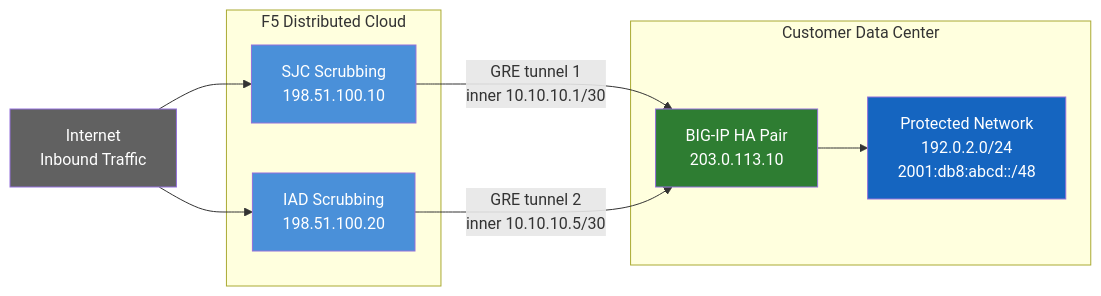
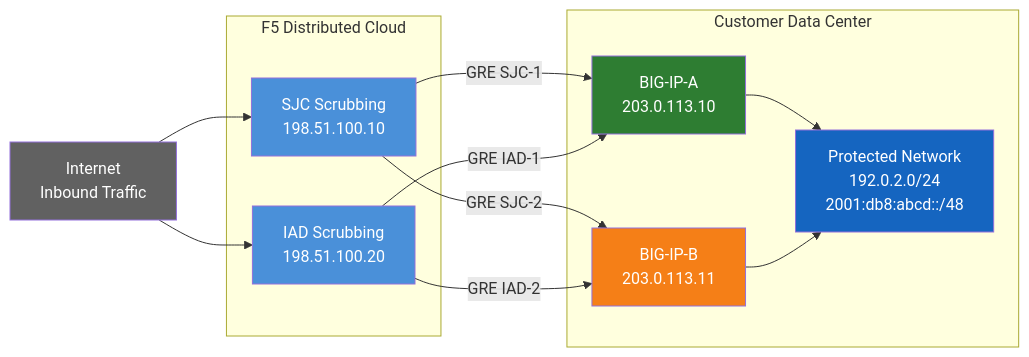
The second of 4 diagrams in README.md (robinmordasiewicz/f5xc-bigip-ddos-gre), drawn with Mermaid before and after one commit. The commit also changed other lines of this file, not shown here.

First line of the commit message:
Refactor to 4 GRE tunnels with independent per-unit HA model

````diff
--- a/README.md
+++ b/README.md
@@ -100,26 +101,31 @@
 ```mermaid
 flowchart LR
     INET["Internet\nInbound Traffic"]
 
     subgraph XC["F5 Distributed Cloud"]
         SJC["SJC Scrubbing\n198.51.100.10"]
         IAD["IAD Scrubbing\n198.51.100.20"]
     end
 
     subgraph DC["Customer Data Center"]
-        BIGIP["BIG-IP HA Pair\n203.0.113.10"]
+        BIGIPA["BIG-IP-A\n203.0.113.10"]
+        BIGIPB["BIG-IP-B\n203.0.113.11"]
         NET["Protected Network\n192.0.2.0/24\n2001:db8:abcd::/48"]
     end
 
     INET --> SJC
     INET --> IAD
-    SJC -- "GRE tunnel 1\ninner 10.10.10.1/30" --> BIGIP
-    IAD -- "GRE tunnel 2\ninner 10.10.10.5/30" --> BIGIP
-    BIGIP --> NET
+    SJC -- "GRE SJC-1" --> BIGIPA
+    IAD -- "GRE IAD-1" --> BIGIPA
+    SJC -- "GRE SJC-2" --> BIGIPB
+    IAD -- "GRE IAD-2" --> BIGIPB
+    BIGIPA --> NET
+    BIGIPB --> NET
 
     style INET fill:#616161,color:#fff
     style SJC fill:#4a90d9,color:#fff
     style IAD fill:#4a90d9,color:#fff
-    style BIGIP fill:#2e7d32,color:#fff
+    style BIGIPA fill:#2e7d32,color:#fff
+    style BIGIPB fill:#f57f17,color:#fff
     style NET fill:#1565c0,color:#fff
 ```
````
